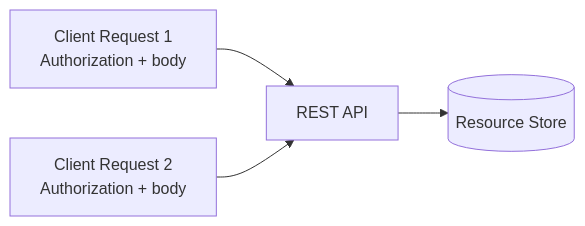
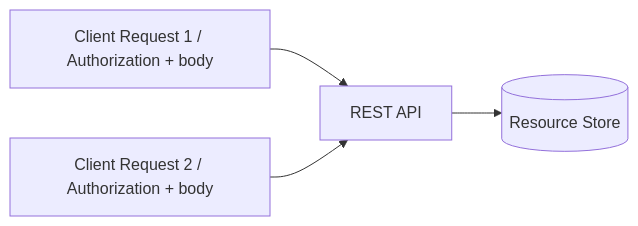
Before and after one commit to hareramcse/SystemDesign: the second of 26 diagrams in 07-api-design/README.md, drawn with Mermaid. The commit also changed other lines of this file and 14 other files, not shown here.

````diff
--- a/07-api-design/README.md
+++ b/07-api-design/README.md
@@ -130,6 +130,6 @@
 ```mermaid
 flowchart LR
-    C1[Client Request 1<br/>Authorization + body] --> API[REST API]
-    C2[Client Request 2<br/>Authorization + body] --> API
+    C1[Client Request 1 / Authorization + body] --> API[REST API]
+    C2[Client Request 2 / Authorization + body] --> API
     API --> DB[(Resource Store)]
 ```
````
